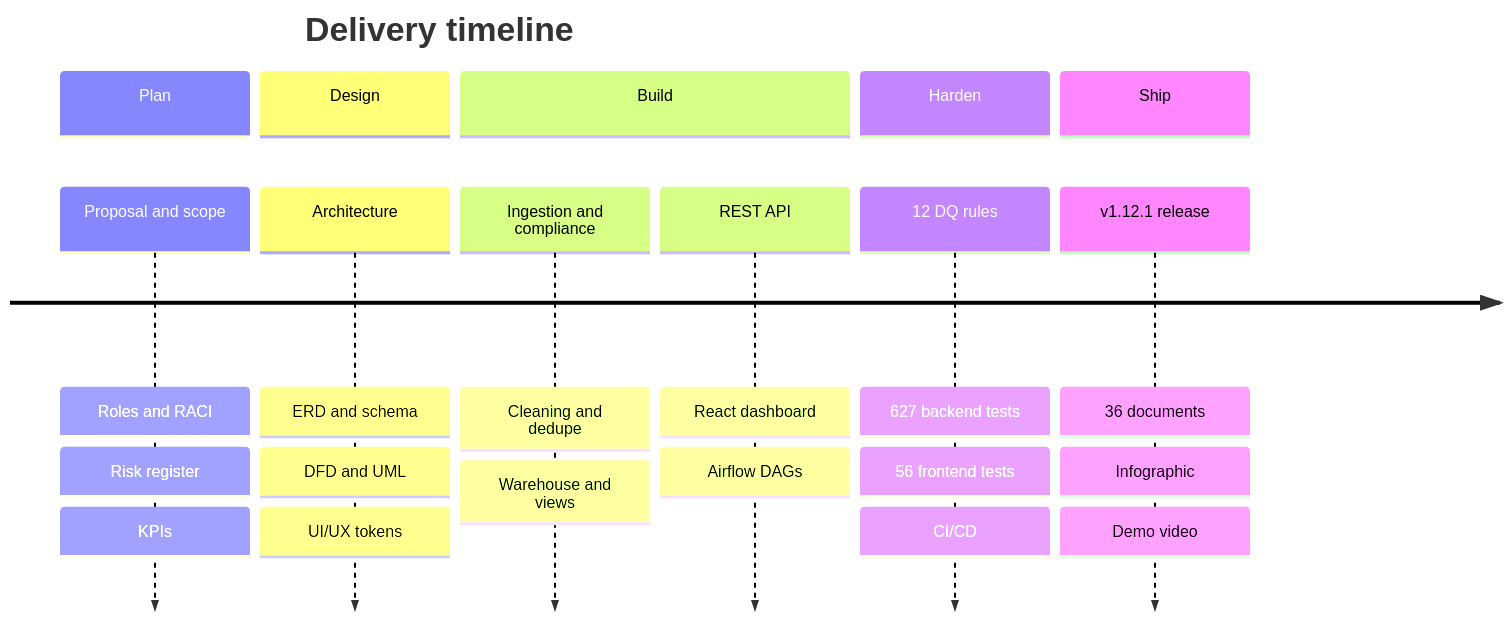
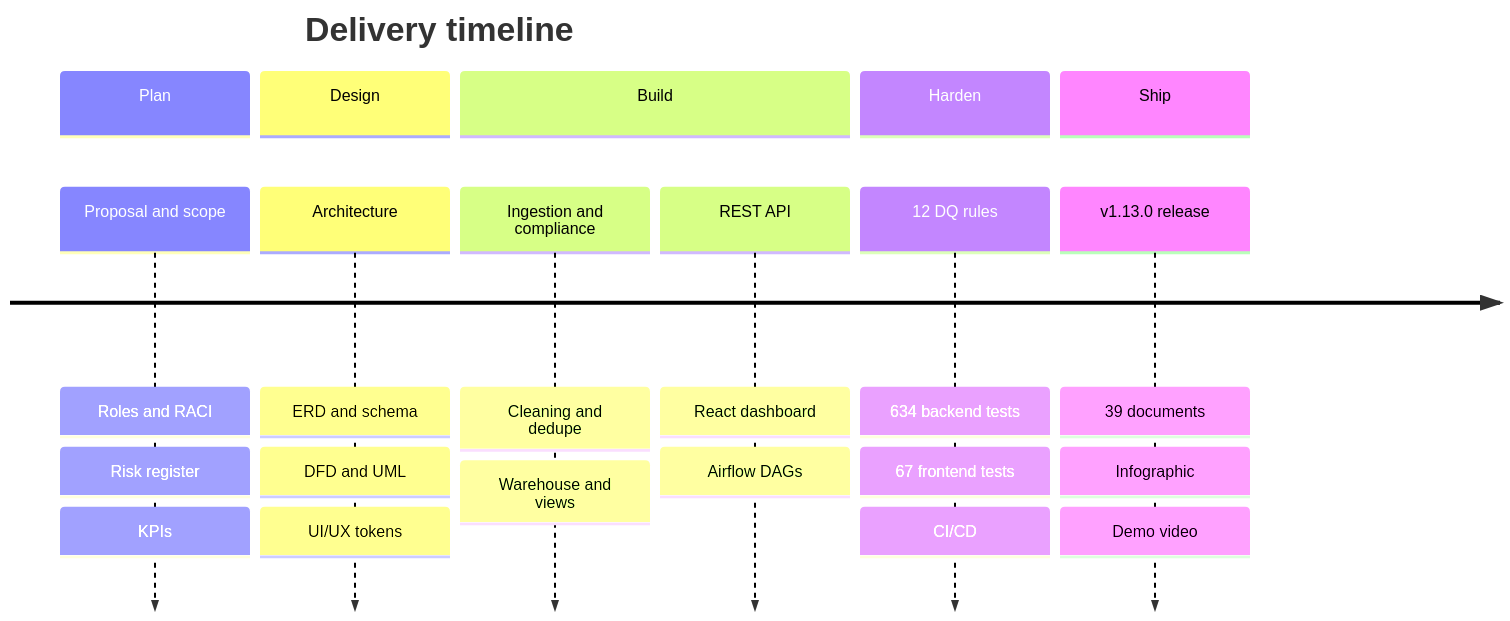
The diagram in docs/diagrams/out/docs-38_extended_diagram_suite_114.mmd (Ahmedbakr78/Web-to-Warehouse-Product-Intelligence-Pipeline), drawn with Mermaid before and after one commit. The commit also changed 189 other files, not shown here.

Commit message:
release: v1.13.0 — green CI parity, analytics demo rollup, 375px UI polish & synced docs

```diff
--- a/docs/diagrams/out/docs-38_extended_diagram_suite_114.mmd
+++ b/docs/diagrams/out/docs-38_extended_diagram_suite_114.mmd
@@ -1,14 +1,14 @@
 
 timeline
     title Delivery timeline
     section Plan
       Proposal and scope : Roles and RACI : Risk register : KPIs
     section Design
       Architecture : ERD and schema : DFD and UML : UI/UX tokens
     section Build
       Ingestion and compliance : Cleaning and dedupe : Warehouse and views
       REST API : React dashboard : Airflow DAGs
     section Harden
-      12 DQ rules : 627 backend tests : 56 frontend tests : CI/CD
+      12 DQ rules : 634 backend tests : 67 frontend tests : CI/CD
     section Ship
-      v1.12.1 release : 36 documents : Infographic : Demo video
+      v1.13.0 release : 39 documents : Infographic : Demo video
```
